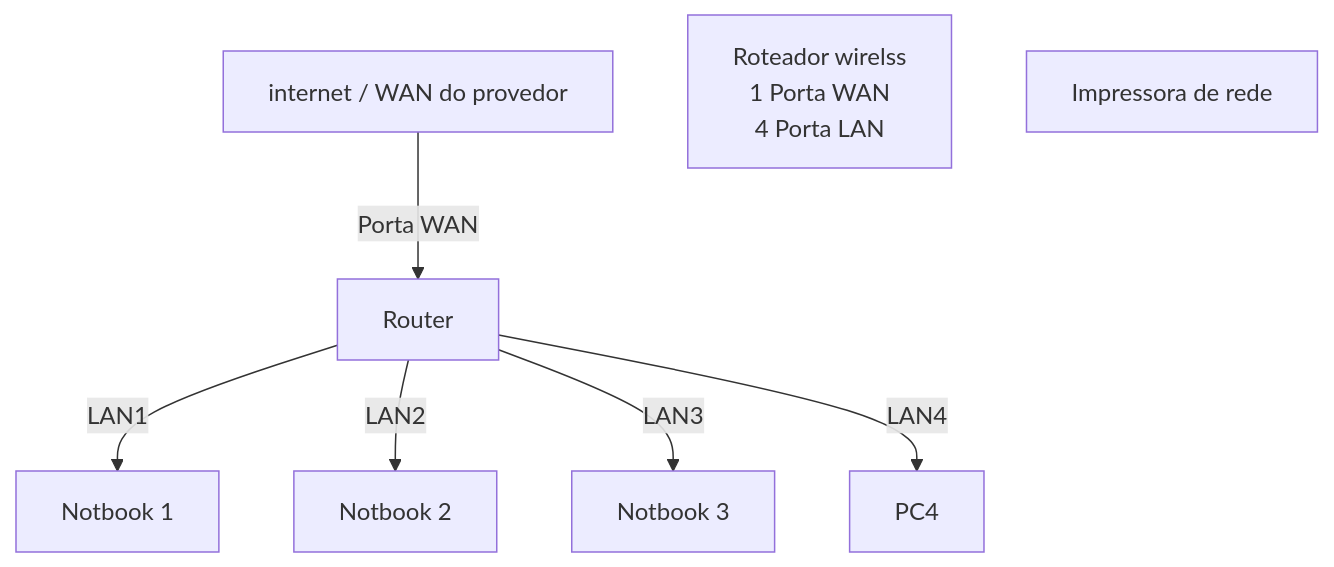
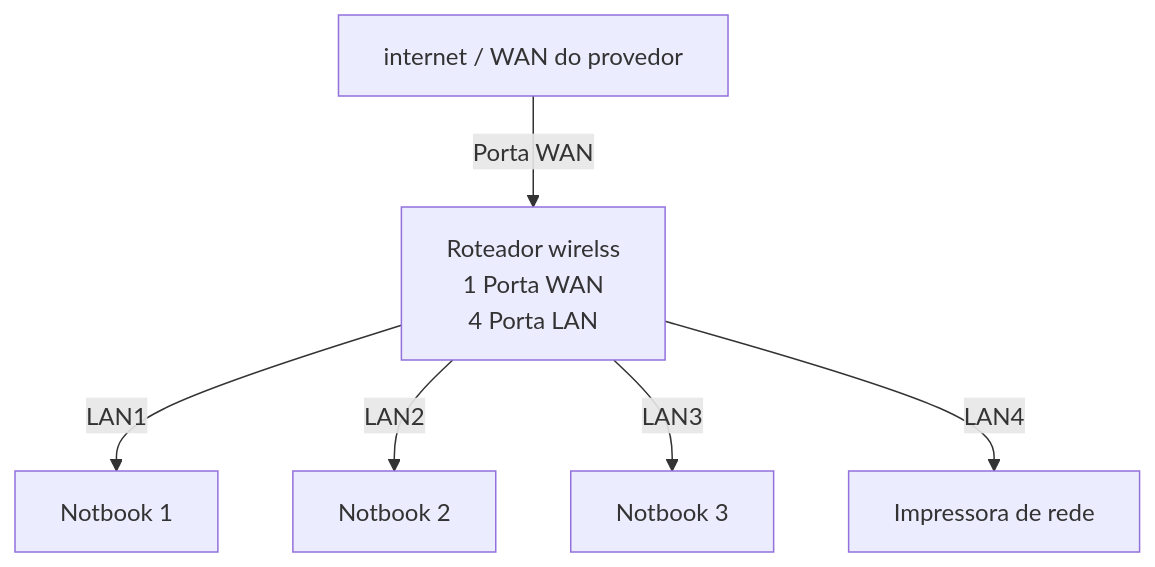
One commit to ryan0f0lima32/-lab-redes-01 changed the diagram in README.md. Above: the diagram before and after it, drawn with Mermaid.

Commit message:
Fix router label and add printer connection

````diff
--- a/README.md
+++ b/README.md
@@ -35,20 +35,20 @@
  ```mermaid 
 graph TD
 
 WAN[internet / WAN do provedor]
 
-Roteador[Roteador wirelss<br>1 Porta WAN<br>4 Porta LAN]
+Router[Roteador wirelss<br>1 Porta WAN<br>4 Porta LAN]
 
 PC1[Notbook 1]
 PC2[Notbook 2]
 PC3[Notbook 3]
 
 Printer[Impressora de rede]
 
 WAN --> |Porta WAN| Router
 Router -->|LAN1| PC1
 Router -->|LAN2| PC2
 Router -->|LAN3| PC3
-Router -->|LAN4| PC4
+Router -->|LAN4| Printer
  
 ```
````
